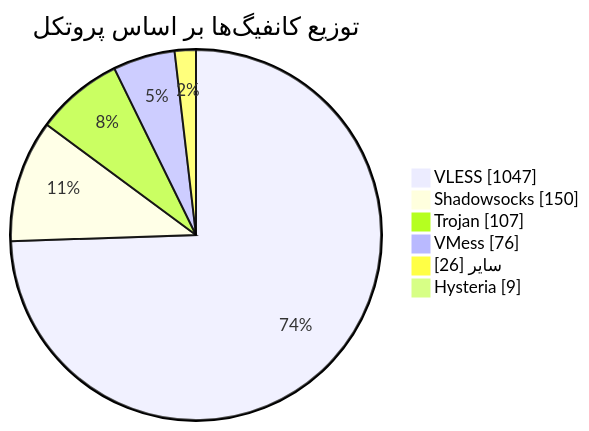
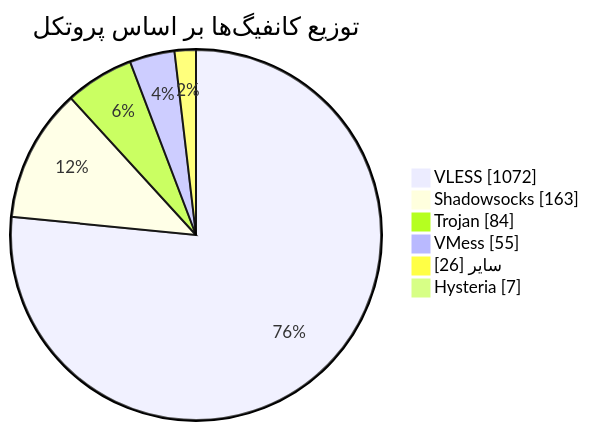
Before and after one commit to Arian-Alijani/Somthing: the diagram in README.md, drawn with Mermaid. The commit also changed other lines of this file and 91 other files, not shown here.

````diff
--- a/README.md
+++ b/README.md
@@ -50,10 +50,10 @@
 ```mermaid
 pie showData
     title توزیع کانفیگ‌ها بر اساس پروتکل
-    "VLESS" : 1047
-    "Shadowsocks" : 150
-    "Trojan" : 107
-    "VMess" : 76
+    "VLESS" : 1072
+    "Shadowsocks" : 163
+    "Trojan" : 84
+    "VMess" : 55
     "سایر" : 26
-    "Hysteria" : 9
+    "Hysteria" : 7
 ```
````
